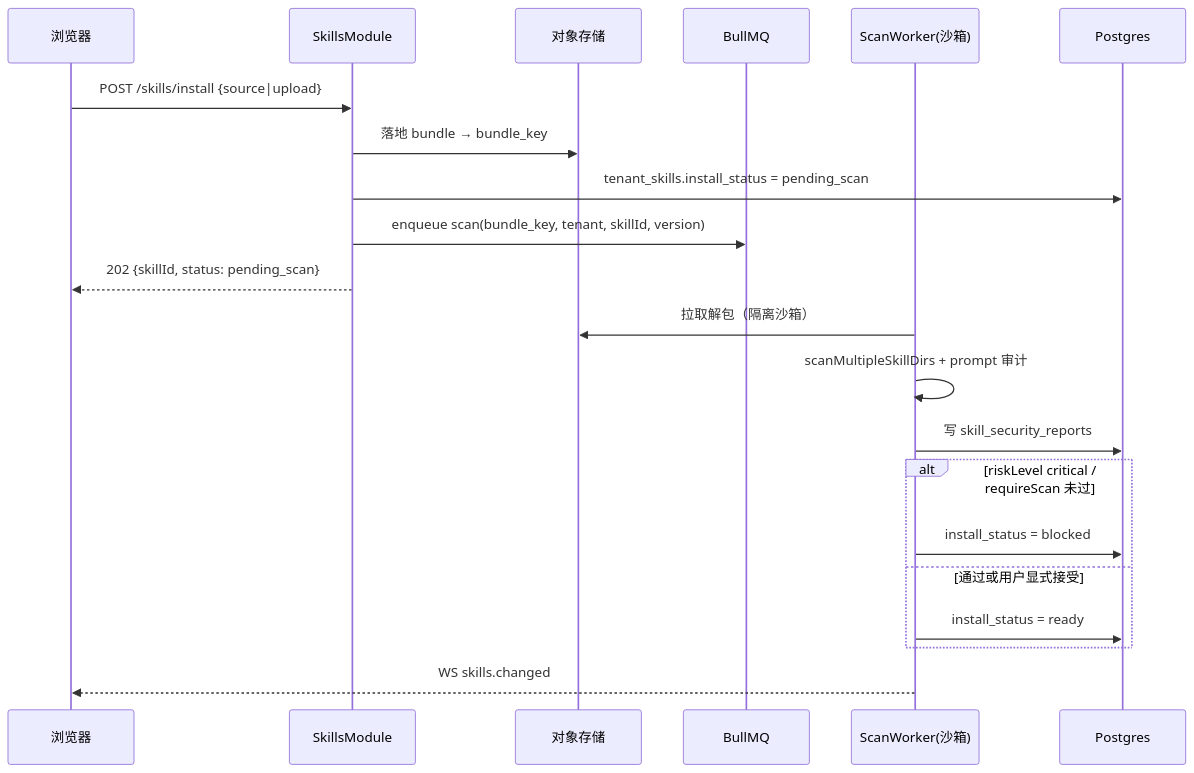
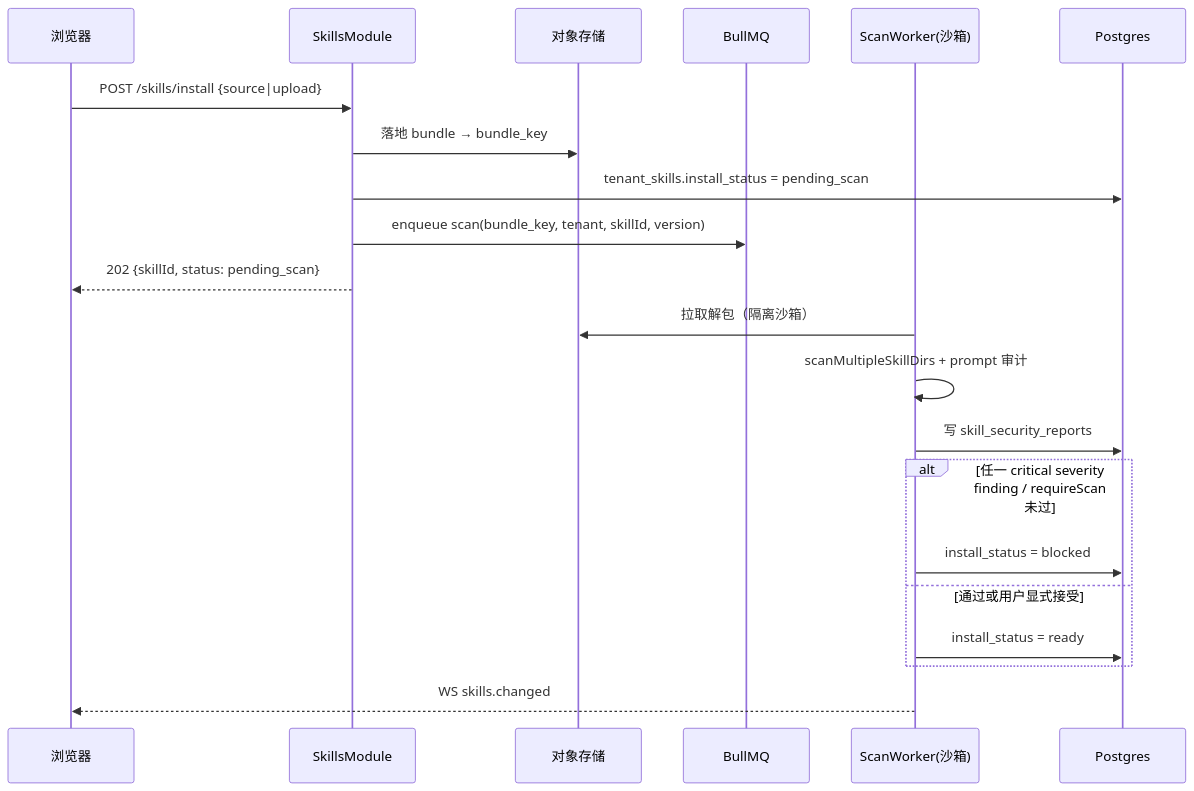
One commit to edward-ng-duke/LobsterAI changed the fifth of 6 diagrams in 改造计划/10-MCP与技能改造.md. Above: the diagram before and after it, drawn with Mermaid. The commit also changed other lines of this file and 22 other files, not shown here.

````diff
--- a/改造计划/10-MCP与技能改造.md
+++ b/改造计划/10-MCP与技能改造.md
@@ -376,24 +445,24 @@
 ```mermaid
 sequenceDiagram
   participant FE as 浏览器
   participant API as SkillsModule
   participant S3 as 对象存储
   participant Q as BullMQ
   participant W as ScanWorker(沙箱)
   participant PG as Postgres
 
   FE->>API: POST /skills/install {source|upload}
   API->>S3: 落地 bundle → bundle_key
   API->>PG: tenant_skills.install_status = pending_scan
   API->>Q: enqueue scan(bundle_key, tenant, skillId, version)
   API-->>FE: 202 {skillId, status: pending_scan}
   W->>S3: 拉取解包（隔离沙箱）
   W->>W: scanMultipleSkillDirs + prompt 审计
   W->>PG: 写 skill_security_reports
-  alt riskLevel critical / requireScan 未过
+  alt 任一 critical severity finding / requireScan 未过
     W->>PG: install_status = blocked
   else 通过或用户显式接受
     W->>PG: install_status = ready
   end
   W-->>FE: WS skills.changed
 ```
````
